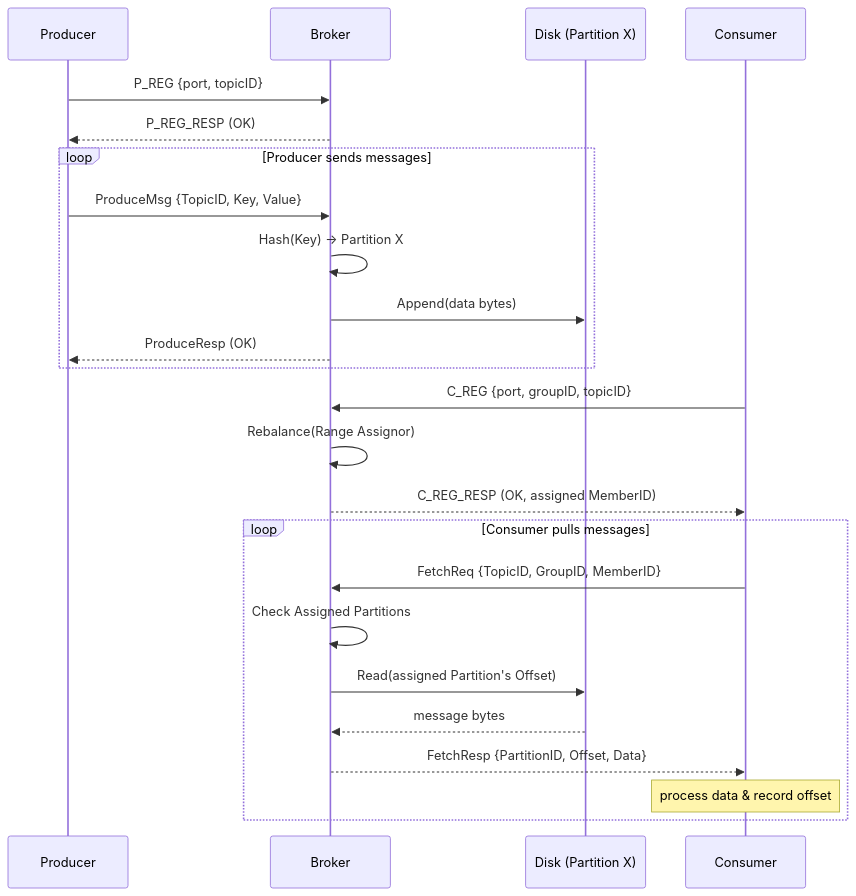
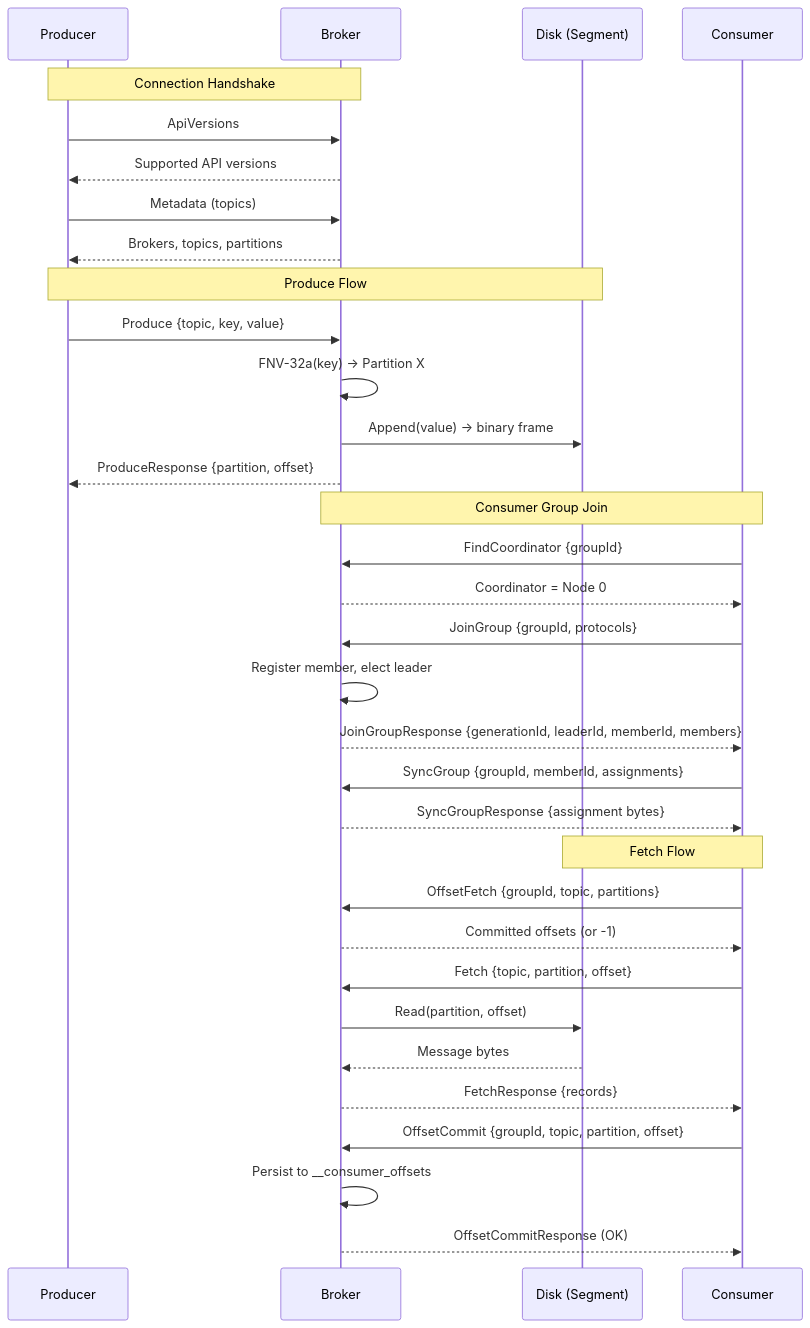
Before and after one commit to EricNguyen1206/gokafk: the second of 2 diagrams in README.md, drawn with Mermaid. The commit also changed other lines of this file and 9 other files, not shown here.

Commit message:
feat: implement group coordinator logic and support for JoinGroup, SyncGroup, and LeaveGroup protocols

````diff
--- a/README.md
+++ b/README.md
@@ -64,30 +94,39 @@
 ```mermaid
 sequenceDiagram
     participant P as Producer
     participant B as Broker
-    participant D as Disk (Partition X)
+    participant D as Disk (Segment)
     participant C as Consumer
 
-    P->>B: P_REG {port, topicID}
-    B-->>P: P_REG_RESP (OK)
+    Note over P,B: Connection Handshake
+    P->>B: ApiVersions
+    B-->>P: Supported API versions
+    P->>B: Metadata (topics)
+    B-->>P: Brokers, topics, partitions
 
-    loop Producer sends messages
-        P->>B: ProduceMsg {TopicID, Key, Value}
-        B->>B: Hash(Key) -> Partition X
-        B->>D: Append(data bytes)
-        B-->>P: ProduceResp (OK)
-    end
+    Note over P,D: Produce Flow
+    P->>B: Produce {topic, key, value}
+    B->>B: FNV-32a(key) → Partition X
+    B->>D: Append(value) → binary frame
+    B-->>P: ProduceResponse {partition, offset}
 
-    C->>B: C_REG {port, groupID, topicID}
-    B->>B: Rebalance(Range Assignor)
-    B-->>C: C_REG_RESP (OK, assigned MemberID)
+    Note over C,B: Consumer Group Join
+    C->>B: FindCoordinator {groupId}
+    B-->>C: Coordinator = Node 0
+    C->>B: JoinGroup {groupId, protocols}
+    B->>B: Register member, elect leader
+    B-->>C: JoinGroupResponse {generationId, leaderId, memberId, members}
+    C->>B: SyncGroup {groupId, memberId, assignments}
+    B-->>C: SyncGroupResponse {assignment bytes}
 
-    loop Consumer pulls messages
-        C->>B: FetchReq {TopicID, GroupID, MemberID}
-        B->>B: Check Assigned Partitions
-        B->>D: Read(assigned Partition's Offset)
-        D-->>B: message bytes
-        B-->>C: FetchResp {PartitionID, Offset, Data}
-        Note over C: process data & record offset
-    end
+    Note over C,D: Fetch Flow
+    C->>B: OffsetFetch {groupId, topic, partitions}
+    B-->>C: Committed offsets (or -1)
+    C->>B: Fetch {topic, partition, offset}
+    B->>D: Read(partition, offset)
+    D-->>B: Message bytes
+    B-->>C: FetchResponse {records}
+    C->>B: OffsetCommit {groupId, topic, partition, offset}
+    B->>B: Persist to __consumer_offsets
+    B-->>C: OffsetCommitResponse (OK)
 ```
````
